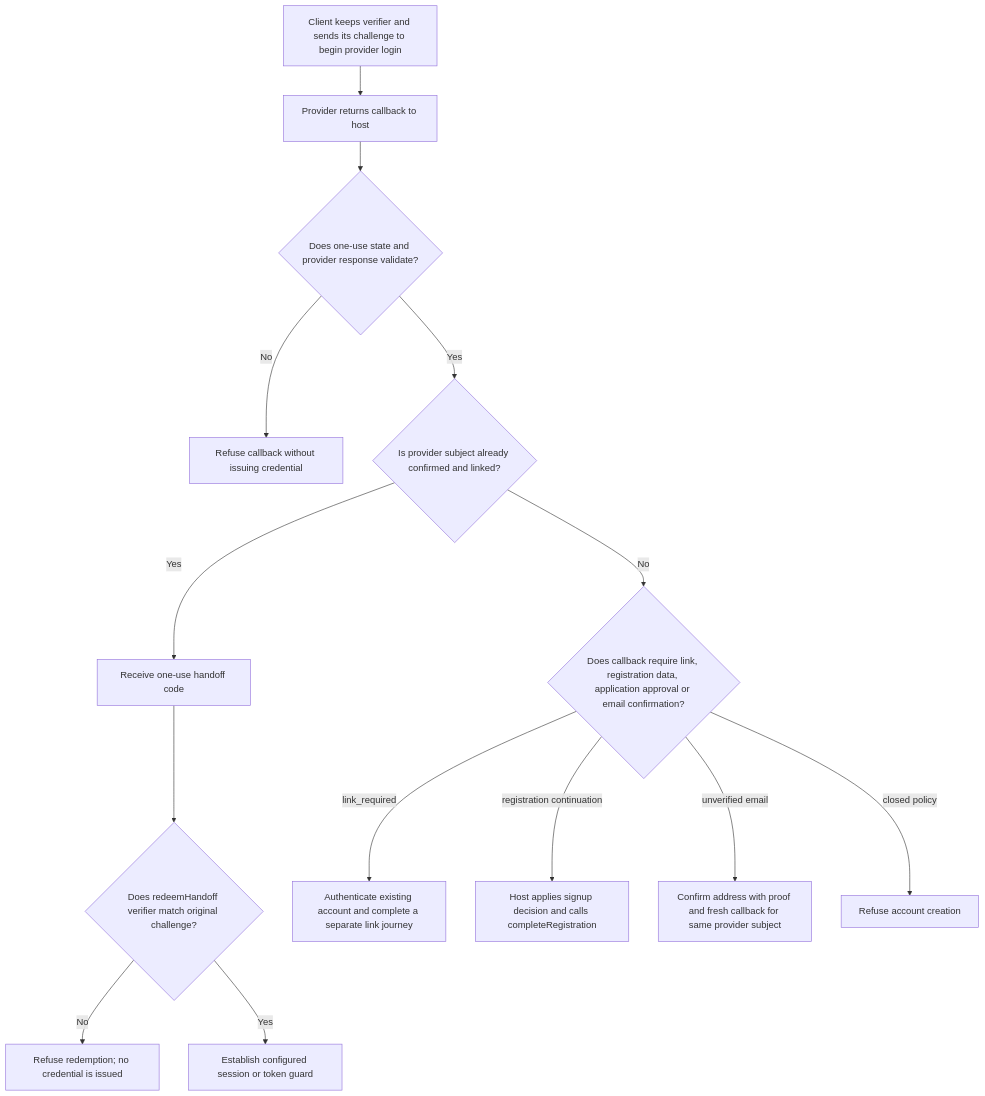
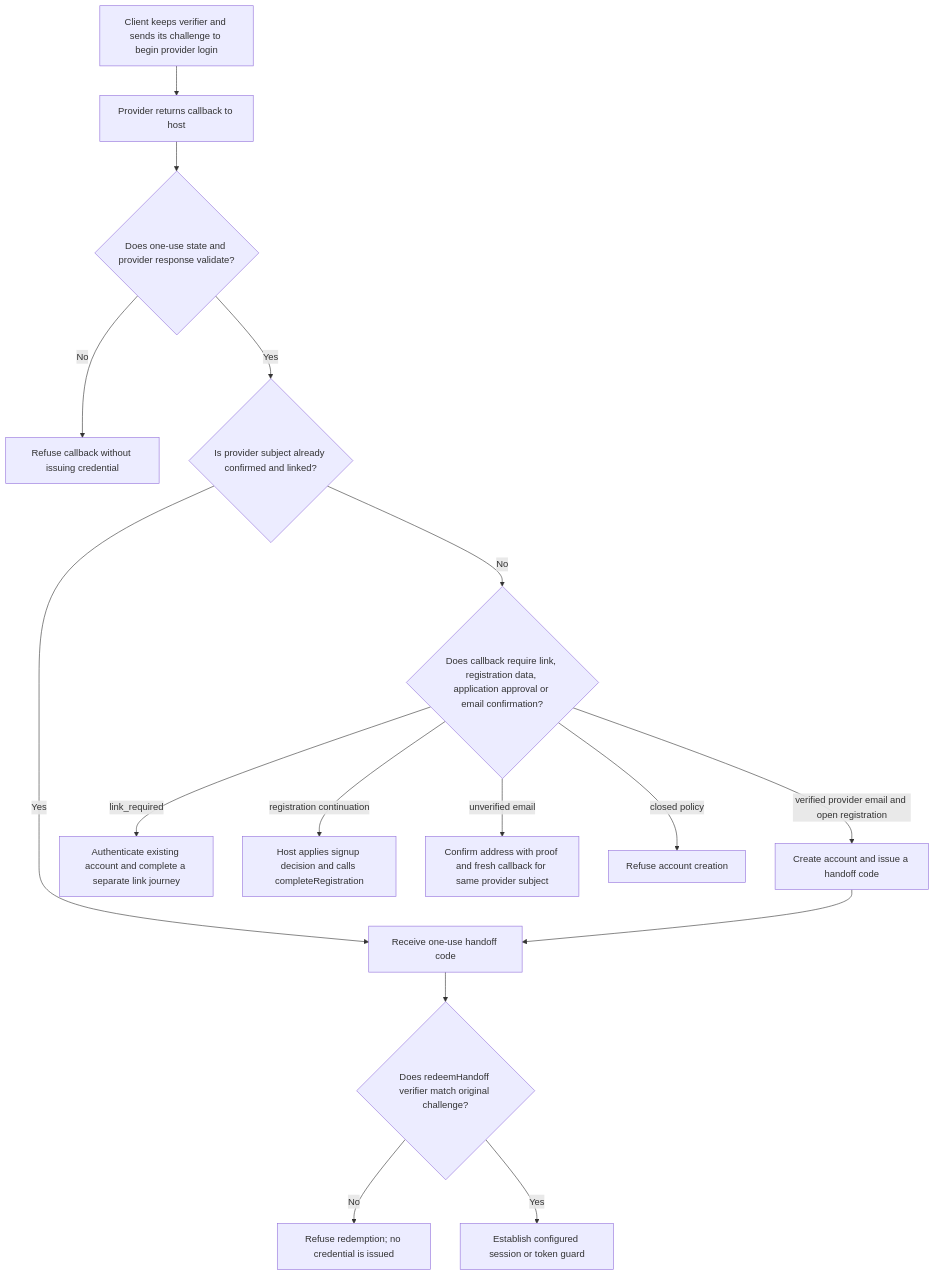
One commit to Kevinjohn/oss-adonisjs-account-kit changed the first of 2 diagrams in user-stories/US-ACCOUNT-20-social-sign-in.md. Above: the diagram before and after it, drawn with Mermaid. The commit also changed 15 other files, not shown here.

````diff
--- a/user-stories/US-ACCOUNT-20-social-sign-in.md
+++ b/user-stories/US-ACCOUNT-20-social-sign-in.md
@@ -20,16 +20,18 @@
 ```mermaid
 flowchart TD
  A["Client keeps verifier and sends its challenge to begin provider login"] --> B["Provider returns callback to host"]
  B --> C{"Does one-use state and provider response validate?"}
  C -->|No| D["Refuse callback without issuing credential"]
  C -->|Yes| E{"Is provider subject already confirmed and linked?"}
  E -->|Yes| F["Receive one-use handoff code"]
  F --> G{"Does redeemHandoff verifier match original challenge?"}
  G -->|No| H["Refuse redemption; no credential is issued"]
  G -->|Yes| I["Establish configured session or token guard"]
  E -->|No| J{"Does callback require link, registration data, application approval or email confirmation?"}
  J -->|link_required| K["Authenticate existing account and complete a separate link journey"]
  J -->|registration continuation| L["Host applies signup decision and calls completeRegistration"]
  J -->|unverified email| M["Confirm address with proof and fresh callback for same provider subject"]
  J -->|closed policy| N["Refuse account creation"]
+ J -->|verified provider email and open registration| O["Create account and issue a handoff code"]
+ O --> F
 ```
````
